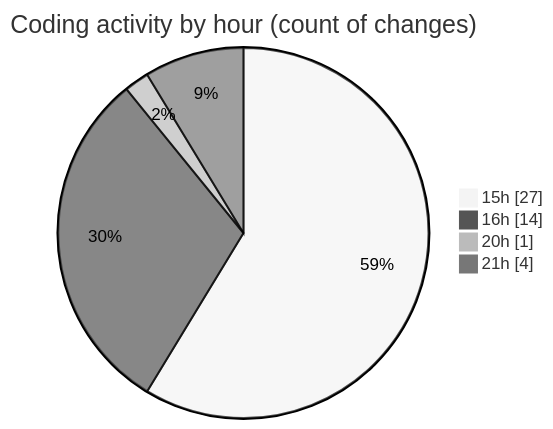
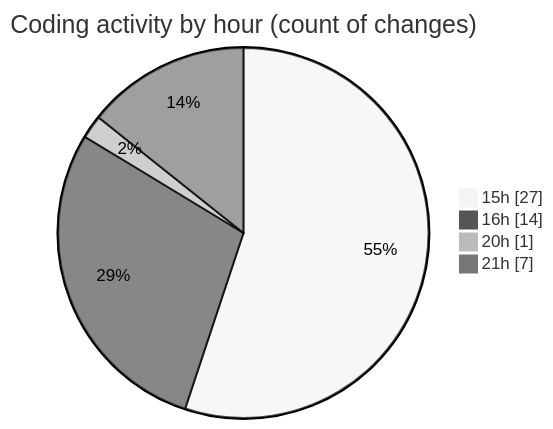
Before and after one commit to idhammustaqopulfikri/code-tracking: the second of 2 diagrams in 2025-06-06/sewa-mobil/README.md, drawn with Mermaid (neutral theme). The commit also changed other lines of this file and 1 other file, not shown here.

````diff
--- a/2025-06-06/sewa-mobil/README.md
+++ b/2025-06-06/sewa-mobil/README.md
@@ -43,8 +43,8 @@
 ```mermaid
 pie showData
 title Coding activity by hour (count of changes)
 "15h" : 27
 "16h" : 14
 "20h" : 1
-"21h" : 4
+"21h" : 7
 ```
````
